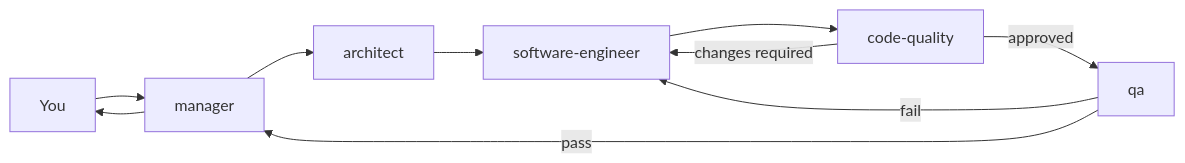
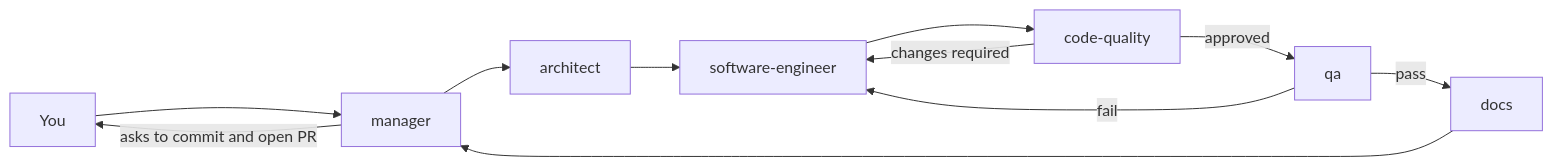
Before and after one commit to nextwave-labs/design-system: the diagram in docs/ai-workflow.md, drawn with Mermaid. The commit also changed other lines of this file and 3 other files, not shown here.

````diff
--- a/docs/ai-workflow.md
+++ b/docs/ai-workflow.md
@@ -24,10 +24,11 @@
 ```mermaid
 flowchart LR
   U[You] --> M[manager]
   M --> A[architect] --> E[software-engineer] --> C[code-quality]
   C -- changes required --> E
   C -- approved --> Q[qa]
   Q -- fail --> E
-  Q -- pass --> M
-  M --> U
+  Q -- pass --> D[docs]
+  D --> M
+  M -- asks to commit and open PR --> U
 ```
````
